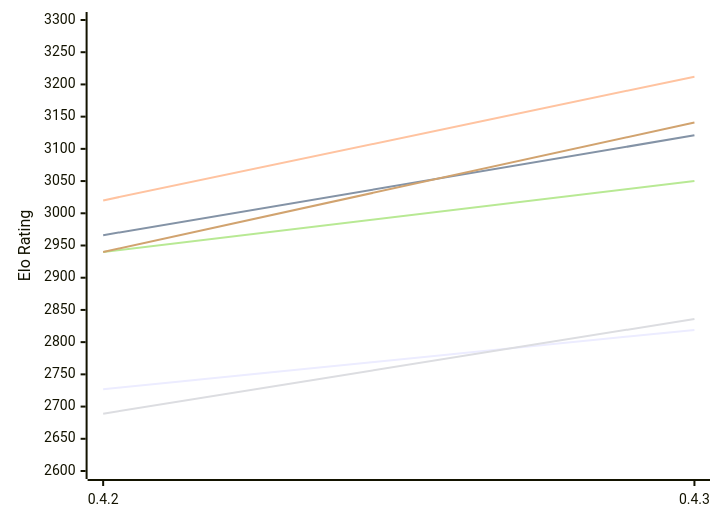
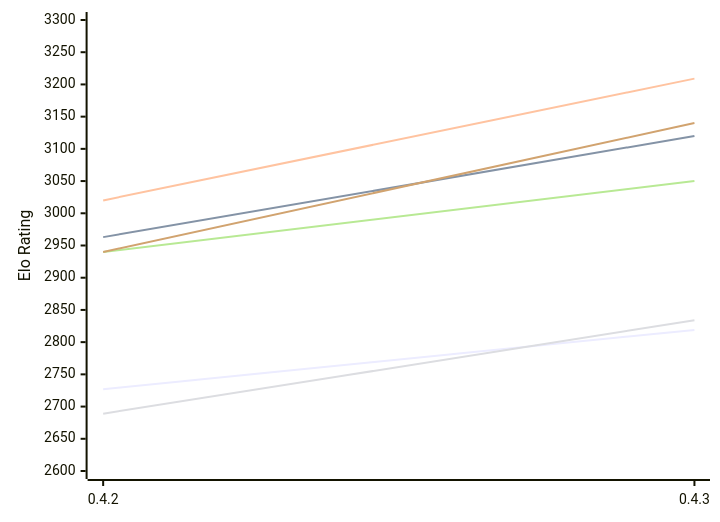
Before and after one commit to computer-chess-index/cci: the first of 2 diagrams in engines/Dual.md, drawn with Mermaid. The commit also changed other lines of this file, not shown here.

Commit message:
Update CCI Ratings (ELO VLTC) - 2026-11-19

````diff
--- a/engines/Dual.md
+++ b/engines/Dual.md
@@ -56,12 +56,12 @@
 ```mermaid
 %%{init: {"theme":"base","themeVariables":{"seriesColors:['#a3a3a3','#222221','#faa371']}}}%%
 xychart-beta
   x-axis ["0.4.2", "0.4.3"]
   y-axis "Elo Rating" 2600 --> 3300
   line "E1: STC (8.0+0.08s)" [2727, 2819]
-  line "E1: LTC (60.0+0.60s)" [2966, 3121]
-  line "E1: VLTC (2m24s+1.12s)" [3020, 3212]
-  line "P1: STC (8.0+0.08s)" [2689, 2836]
+  line "E1: LTC (60.0+0.60s)" [2963, 3120]
+  line "E1: VLTC (2m24s+1.12s)" [3020, 3209]
+  line "P1: STC (8.0+0.08s)" [2689, 2834]
   line "P1: LTC (60.0+0.60s)" [2940, 3050]
-  line "P1: VLTC (2m24s+1.12s)" [2940, 3141]
+  line "P1: VLTC (2m24s+1.12s)" [2940, 3140]
 ```
````
